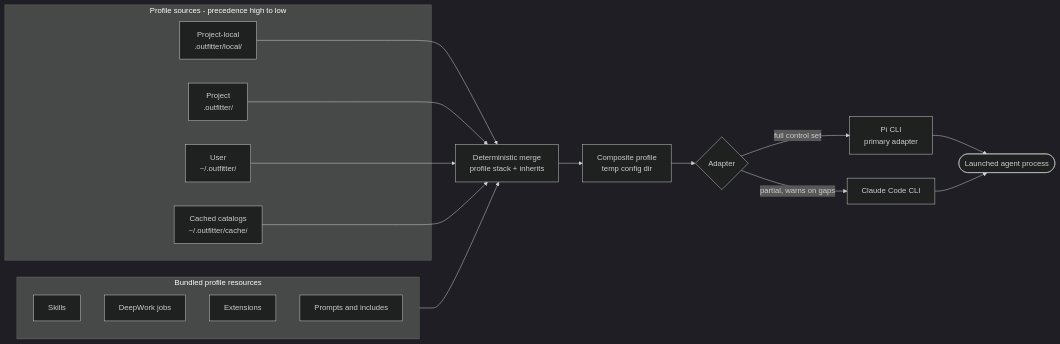
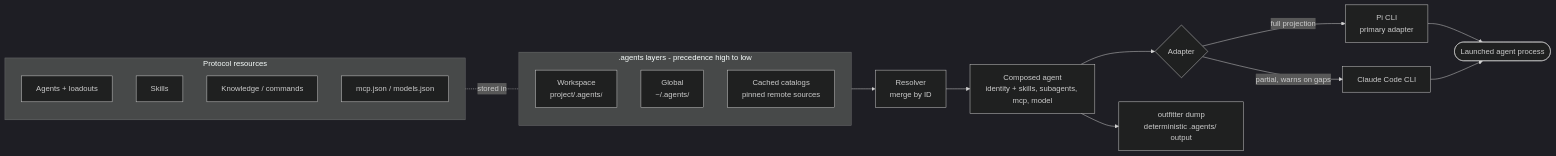
One commit to ai-outfitter/outfitter changed the first of 3 diagrams in docs/architecture/diagrams.md. Above: the diagram before and after it, drawn with Mermaid (dark theme). The commit also changed other lines of this file and 51 other files, not shown here.

````diff
--- a/docs/architecture/diagrams.md
+++ b/docs/architecture/diagrams.md
@@ -9,31 +9,29 @@
 ```mermaid
 flowchart LR
-  subgraph sources [Profile sources - precedence high to low]
-    PL[Project-local<br>.outfitter/local/]
-    PJ[Project<br>.outfitter/]
-    US[User<br>~/.outfitter/]
-    CA[Cached catalogs<br>~/.outfitter/cache/]
+  subgraph layers [.agents layers - precedence high to low]
+    PJ[Workspace<br>project/.agents/]
+    US[Global<br>~/.agents/]
+    CA[Cached catalogs<br>pinned remote sources]
   end
 
-  subgraph resources [Bundled profile resources]
+  subgraph resources [Protocol resources]
+    AG[Agents + loadouts]
     SK[Skills]
-    DW[DeepWork jobs]
-    EX[Extensions]
-    PR[Prompts and includes]
+    KN[Knowledge / commands]
+    JS[mcp.json / models.json]
   end
 
-  PL --> MERGE
-  PJ --> MERGE
-  US --> MERGE
-  CA --> MERGE
-  resources --> MERGE
+  layers --> RESOLVE[Resolver<br>merge by ID]
+  resources -.stored in.- layers
 
-  MERGE[Deterministic merge<br>profile stack + inherits] --> CP[Composite profile<br>temp config dir]
+  RESOLVE --> SELECT[Composed agent<br>identity + skills, subagents, mcp, model]
 
-  CP --> AD{Adapter}
-  AD -->|full control set| PI[Pi CLI<br>primary adapter]
+  SELECT --> AD{Adapter}
+  AD -->|full projection| PI[Pi CLI<br>primary adapter]
   AD -->|partial, warns on gaps| CC[Claude Code CLI]
+
+  SELECT --> DUMP[outfitter dump<br>deterministic .agents/ output]
 
   PI --> RUN([Launched agent process])
   CC --> RUN
 ```
````
